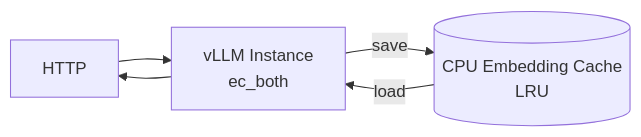
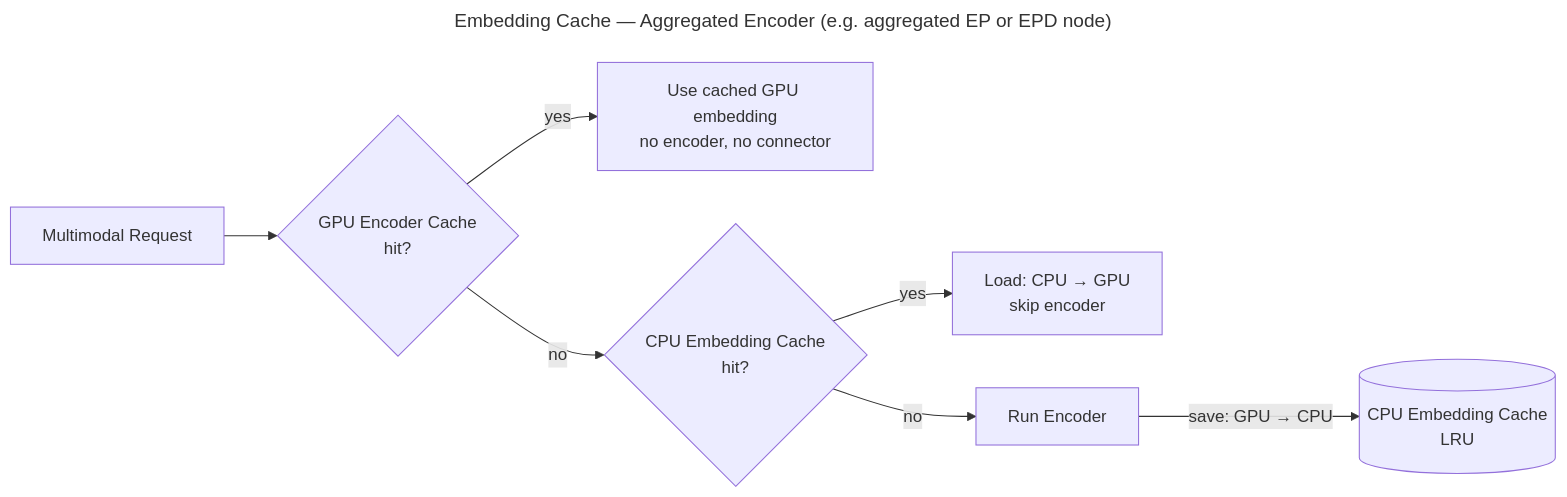
One commit to ai-dynamo/dynamo changed the ninth of 10 diagrams in docs/pages/features/multimodal/multimodal-vllm.md. Above: the diagram before and after it, drawn with Mermaid. The commit also changed other lines of this file and 1 other file, not shown here.

Commit message:
docs: update mm embedding cache graphs

````diff
--- a/docs/pages/features/multimodal/multimodal-vllm.md
+++ b/docs/pages/features/multimodal/multimodal-vllm.md
@@ -427,7 +427,12 @@
 ```mermaid
+---
+title: Embedding Cache — Aggregated Encoder (e.g. aggregated EP or EPD node)
+---
 flowchart LR
-  HTTP --> vllm[vLLM Instance<br/>ec_both]
-  vllm --save--> cache[(CPU Embedding Cache<br/>LRU)]
-  cache --load--> vllm
-  vllm --> HTTP
+  req[Multimodal Request] --> gpu{GPU Encoder Cache<br/>hit?}
+  gpu -- yes --> skip[Use cached GPU embedding<br/>no encoder, no connector]
+  gpu -- no --> cpu{CPU Embedding Cache<br/>hit?}
+  cpu -- yes --> load[Load: CPU → GPU<br/>skip encoder]
+  cpu -- no --> encode[Run Encoder]
+  encode -- save: GPU → CPU --> store[(CPU Embedding Cache<br/>LRU)]
 ```
````
